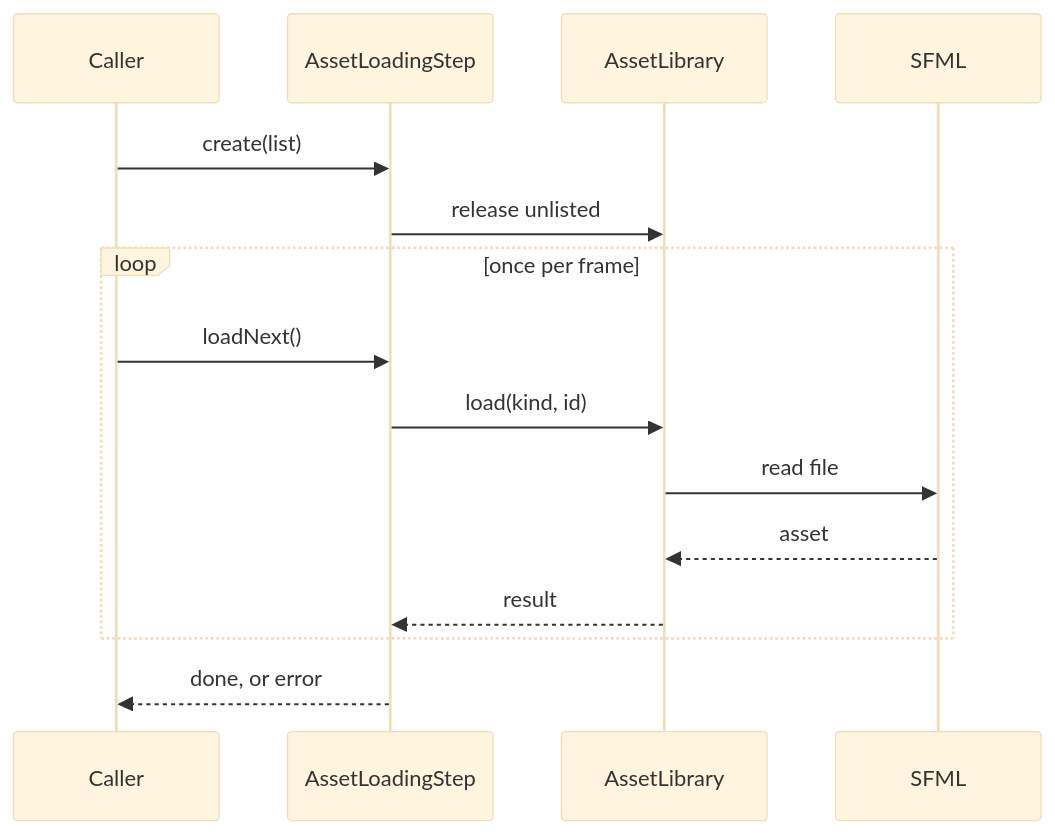
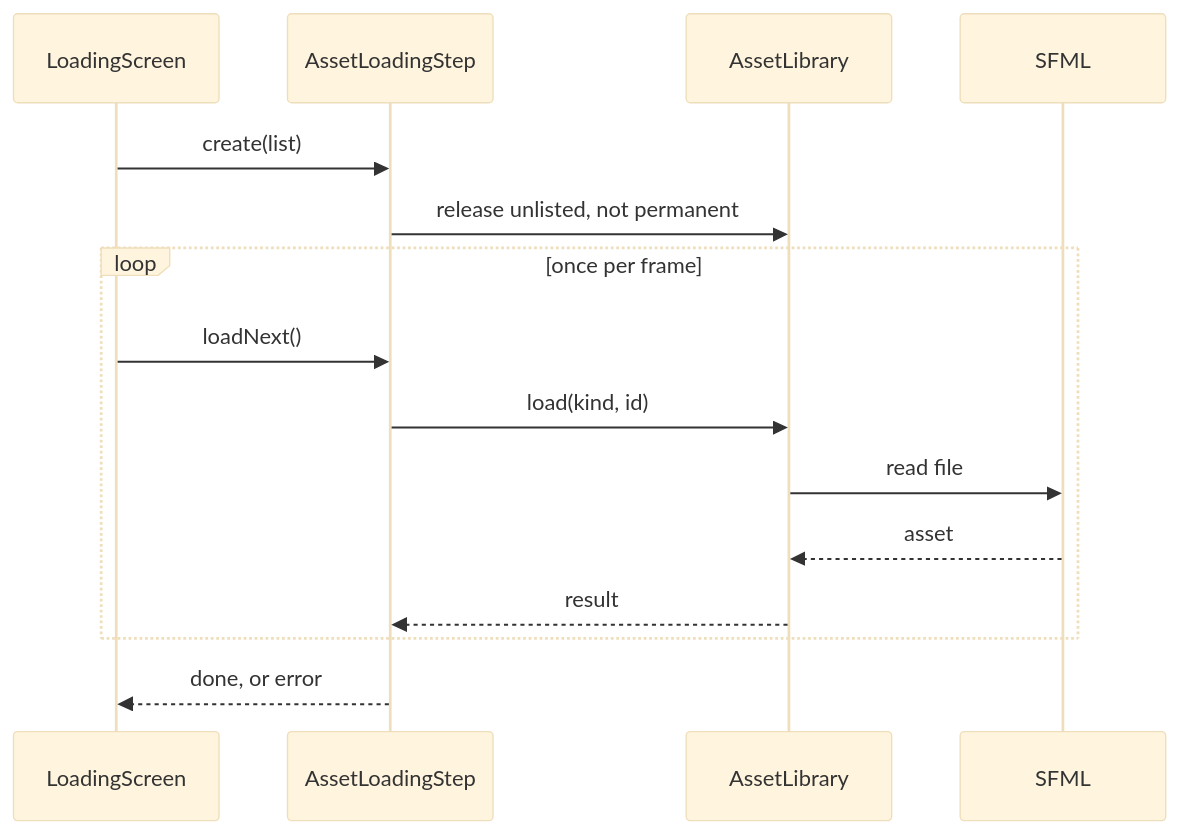
One commit to nique-epi/R-Type changed the first of 2 diagrams in docs/src/content/docs/client.md. Above: the diagram before and after it, drawn with Mermaid (base theme). The commit also changed other lines of this file and 58 other files, not shown here.

First line of the commit message:
feat: add the client screen stack and loading screen (#53)

````diff
--- a/docs/src/content/docs/client.md
+++ b/docs/src/content/docs/client.md
@@ -50,19 +57,19 @@
 ```mermaid
 sequenceDiagram
-  accTitle: Loading the assets of the next screen
-  accDescr: The caller creates a loading step with the asset list of the next screen. The step asks the asset library to release what the list does not name. Then, once per frame, the caller asks the step for the next asset; the step asks the library to load it, the library reads the file with SFML unless it is already loaded, and returns how it went. After the last asset the step is finished, or throws one error naming every problem.
-  participant Caller
+  accTitle: Loading the assets of a game
+  accDescr: The loading screen creates a loading step with the asset list of the game. The step asks the asset library to release what the list does not name, except the permanent assets. Then, once per frame, the loading screen asks the step for the next asset of the list that was not loaded when the step was created; the step asks the library to load it, the library reads the file with SFML, and returns how it went. After the last asset the step is finished, or throws one error naming every problem.
+  participant Screen as LoadingScreen
   participant Step as AssetLoadingStep
   participant Library as AssetLibrary
   participant Sfml as SFML
-  Caller->>Step: create(list)
-  Step->>Library: release unlisted
+  Screen->>Step: create(list)
+  Step->>Library: release unlisted, not permanent
   loop once per frame
-    Caller->>Step: loadNext()
+    Screen->>Step: loadNext()
     Step->>Library: load(kind, id)
     Library->>Sfml: read file
     Sfml-->>Library: asset
     Library-->>Step: result
   end
-  Step-->>Caller: done, or error
+  Step-->>Screen: done, or error
 ```
````
